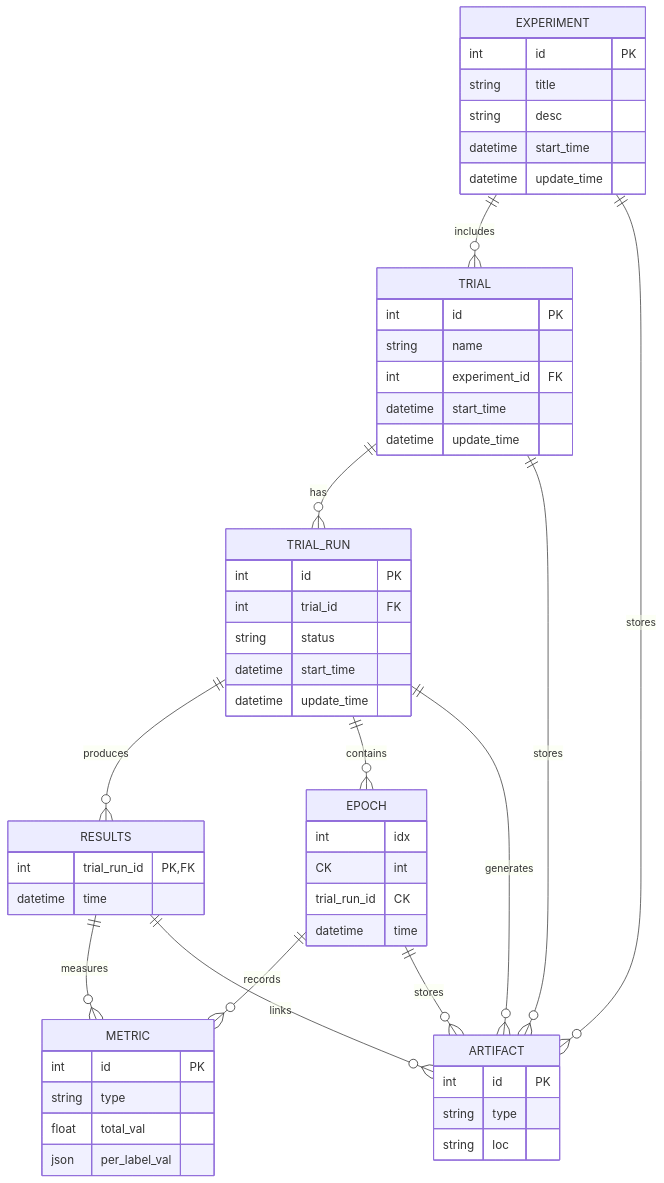
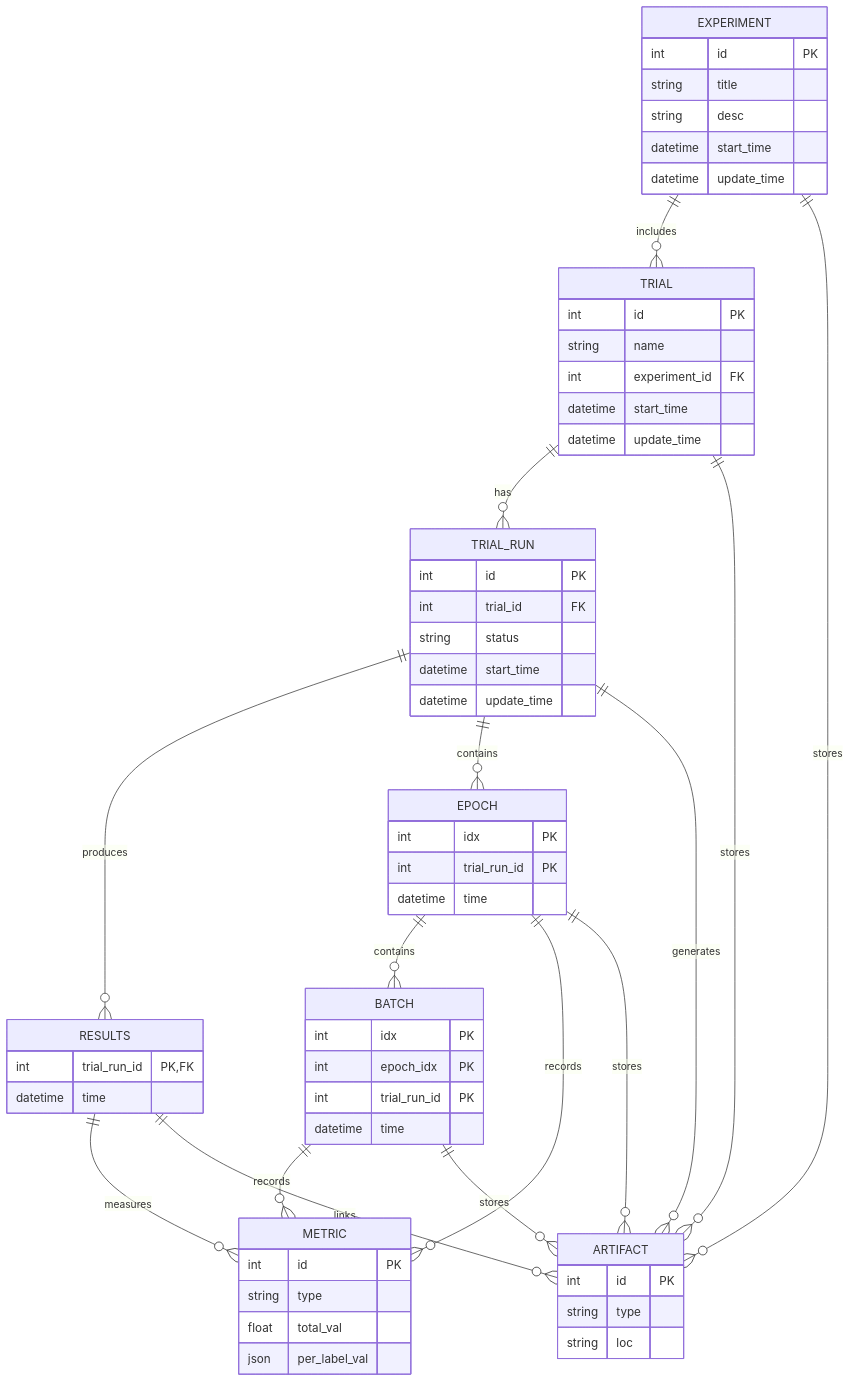
Before and after one commit to roymicha3/experiment_manager: the diagram in experiment_manager/db/docs/diagram.md, drawn with Mermaid. The commit also changed 6 other files, not shown here.

````diff
--- a/experiment_manager/db/docs/diagram.md
+++ b/experiment_manager/db/docs/diagram.md
@@ -1,65 +1,75 @@
 ```mermaid
 
 erDiagram
     EXPERIMENT {
         int id PK
         string title
         string desc
         datetime start_time
         datetime update_time
     }
     
     TRIAL {
         int id PK
         string name
         int experiment_id FK
         datetime start_time
         datetime update_time
     }
     
     TRIAL_RUN {
         int id PK
         int trial_id FK
         string status
         datetime start_time
         datetime update_time
     }
     
     RESULTS {
         int trial_run_id PK, FK
         datetime time
     }
     
     EPOCH {
-        int idx CK
-        int trial_run_id CK
+        int idx PK
+        int trial_run_id PK
+        datetime time
+    }
+    
+    BATCH {
+        int idx PK
+        int epoch_idx PK
+        int trial_run_id PK
         datetime time
     }
     
     METRIC {
         int id PK
         string type
         float total_val
         json per_label_val
     }
     
     ARTIFACT {
         int id PK
         string type
         string loc
     }
     
     EXPERIMENT ||--o{ TRIAL : includes
     EXPERIMENT ||--o{ ARTIFACT : stores
     TRIAL ||--o{ TRIAL_RUN : has
     TRIAL ||--o{ ARTIFACT : stores
     TRIAL_RUN ||--o{ RESULTS : produces
     TRIAL_RUN ||--o{ EPOCH : contains
     TRIAL_RUN ||--o{ ARTIFACT : generates
+    EPOCH ||--o{ BATCH : contains
     RESULTS ||--o{ METRIC : measures
     RESULTS ||--o{ ARTIFACT : links
     EPOCH ||--o{ METRIC : records
     EPOCH ||--o{ ARTIFACT : stores
+    BATCH ||--o{ METRIC : records
+    BATCH ||--o{ ARTIFACT : stores
 
 
 ```
````
